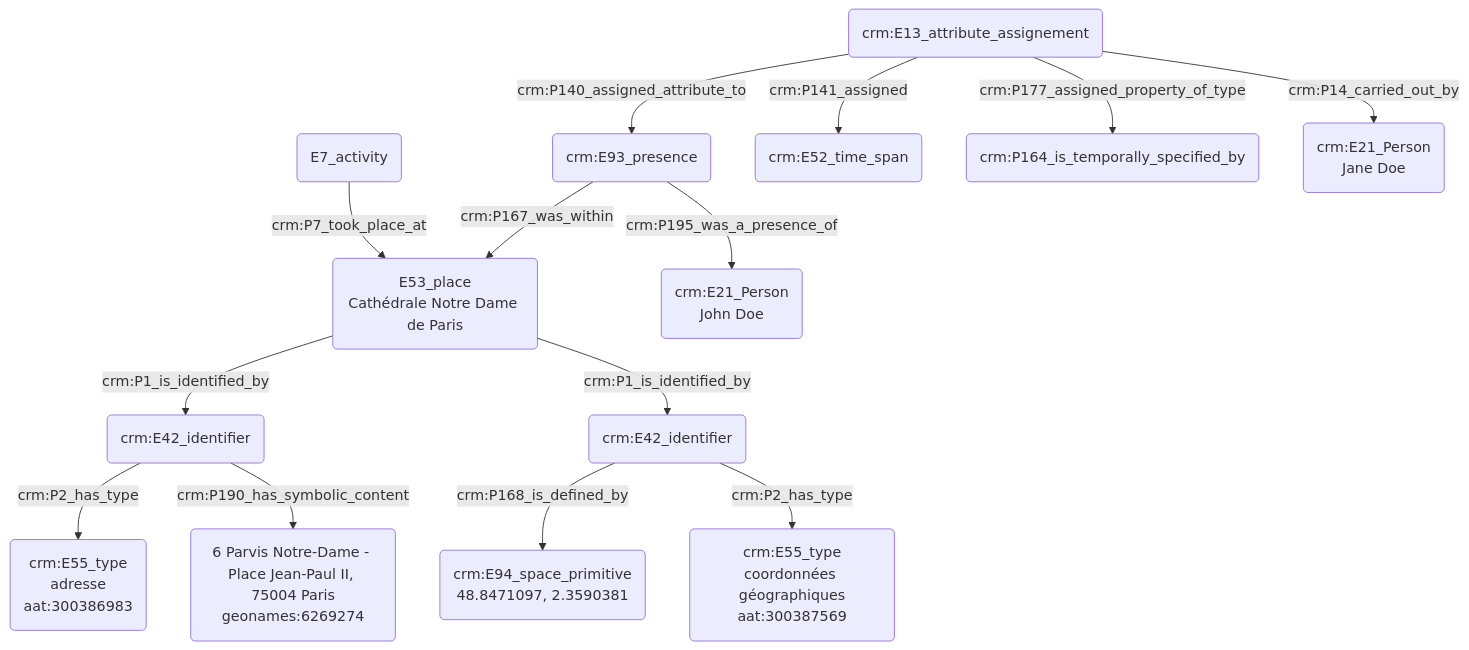
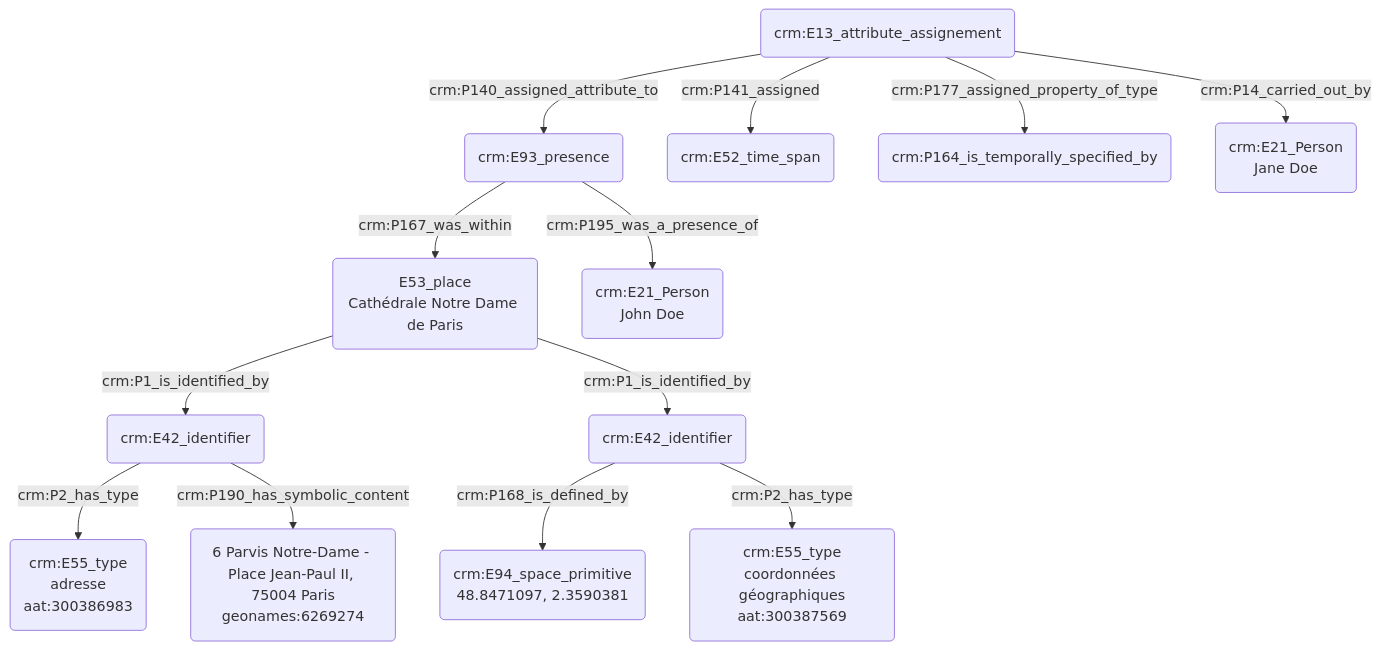
One commit to Amleth/consortium-musica2-gt2-ontologies changed the diagram in modules/livrables/Dossier 2/Prosopographie/fréquentation d'un lieu à un instant donné.md. Above: the diagram before and after it, drawn with Mermaid.

Commit message:
Update fréquentation d'un lieu à un instant donné.md

````diff
--- a/modules/livrables/Dossier 2/Prosopographie/fréquentation d'un lieu à un instant donné.md
+++ b/modules/livrables/Dossier 2/Prosopographie/fréquentation d'un lieu à un instant donné.md
@@ -17,23 +17,20 @@
 ```mermaid
 graph TD;
 
-
-
-B(E7_activity) -->|crm:P7_took_place_at| I(E53_place<br>Cathédrale Notre Dame de Paris)
 I(E53_place<br>Cathédrale Notre Dame de Paris) --> |crm:P1_is_identified_by| M(crm:E42_identifier)
 M(crm:E42_identifier) --> |crm:P2_has_type| K(crm:E55_type<br>adresse<br>aat:300386983)
 M(crm:E42_identifier) --> |crm:P190_has_symbolic_content| N(6 Parvis Notre-Dame - Place Jean-Paul II, 75004 Paris<br>geonames:6269274)
 I(E53_place<br>Cathédrale Notre Dame de Paris) --> |crm:P1_is_identified_by| X(crm:E42_identifier)
 X(crm:E42_identifier) --> |crm:P168_is_defined_by| L(crm:E94_space_primitive<br>48.8471097, 2.3590381)
 X(crm:E42_identifier) --> |crm:P2_has_type| Y(crm:E55_type<br>coordonnées géographiques<br>aat:300387569)
 
 
 U(crm:E13_attribute_assignement) --> |crm:P140_assigned_attribute_to| R(crm:E93_presence)
 U(crm:E13_attribute_assignement) --> |crm:P141_assigned| D(crm:E52_time_span)
 U(crm:E13_attribute_assignement) --> |crm:P177_assigned_property_of_type| S(crm:P164_is_temporally_specified_by)
 U(crm:E13_attribute_assignement) --> |crm:P14_carried_out_by| V(crm:E21_Person<br>Jane Doe)
 
 R(crm:E93_presence) --> |crm:P195_was_a_presence_of| A(crm:E21_Person<br>John Doe)
 R(crm:E93_presence) --> |crm:P167_was_within| I(E53_place<br>Cathédrale Notre Dame de Paris)
 
 ```
````
